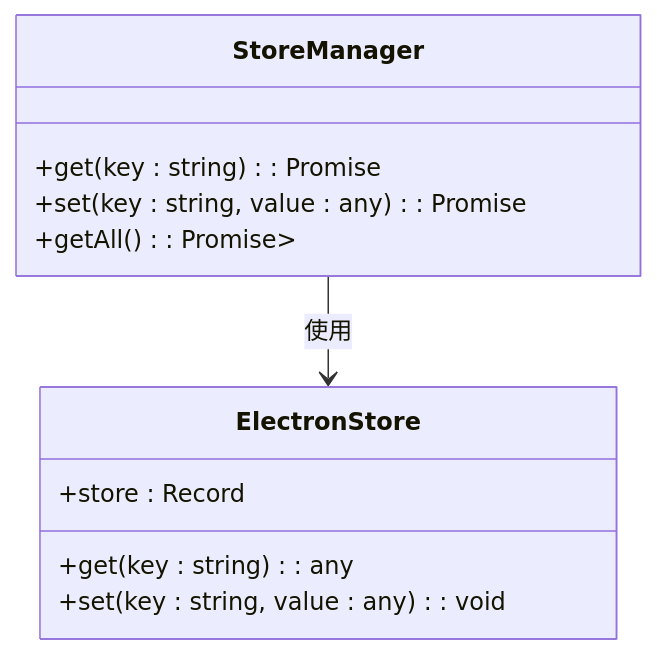
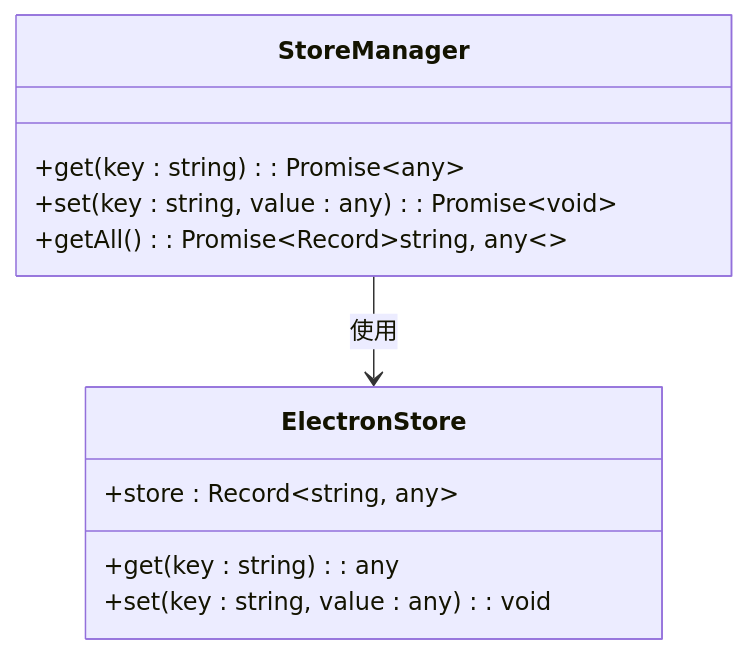
The sixth of 7 diagrams in .qoder/repowiki/zh/content/API参考/IPC通信API.md (Siborne/OJFlow), drawn with Mermaid before and after one commit. The commit also changed other lines of this file and 12 other files, not shown here.

````diff
--- a/.qoder/repowiki/zh/content/API参考/IPC通信API.md
+++ b/.qoder/repowiki/zh/content/API参考/IPC通信API.md
@@ -224,14 +267,14 @@
 ```mermaid
 classDiagram
 class StoreManager {
-+get(key : string) : Promise<any>
-+set(key : string, value : any) : Promise<void>
-+getAll() : Promise<Record<string, any>>
++get(key : string) : Promise~any~
++set(key : string, value : any) : Promise~void~
++getAll() : Promise~Record~string, any~~
 }
 class ElectronStore {
 +get(key : string) : any
 +set(key : string, value : any) : void
-+store : Record<string, any>
++store : Record~string, any~
 }
 StoreManager --> ElectronStore : 使用
 ```
````
